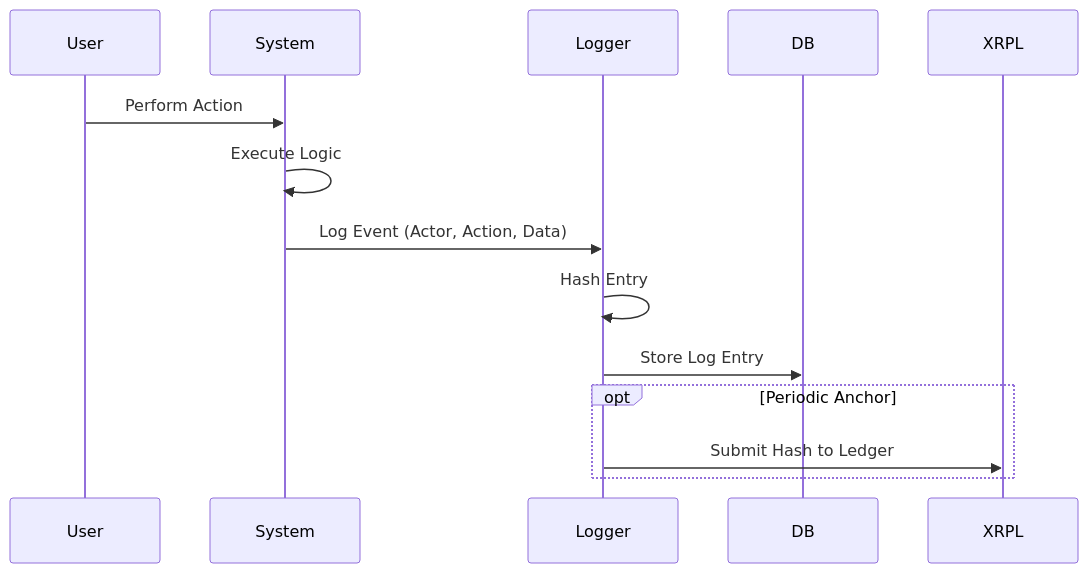
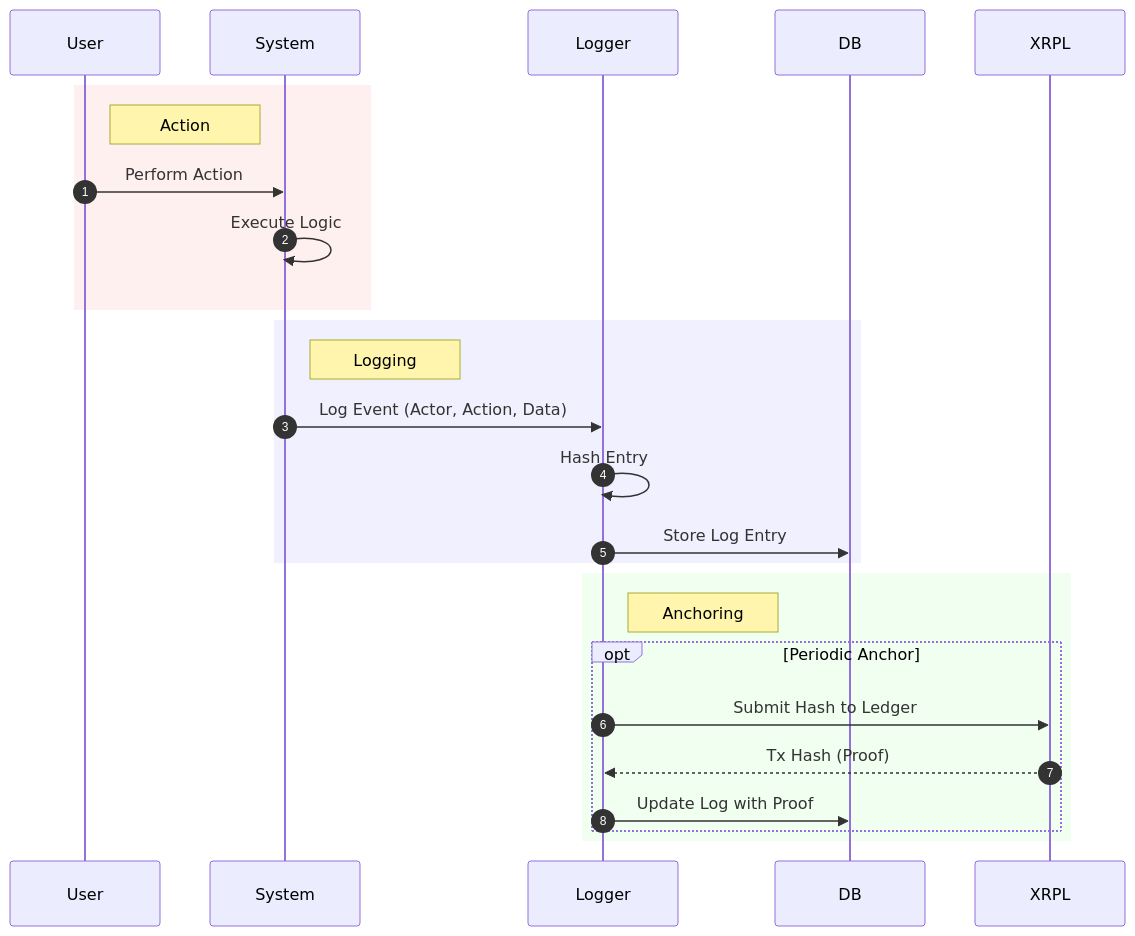
One commit to MrDecryptDecipher/xrpl-institutional-fund-management changed diagram 17 of 17 in README.md. Above: the diagram before and after it, drawn with Mermaid. The commit also changed other lines of this file, not shown here.

Commit message:
docs: enhance mermaid diagrams with color and detail

````diff
--- a/README.md
+++ b/README.md
@@ -477,17 +654,31 @@
 ```mermaid
 sequenceDiagram
+    autonumber
     participant User
     participant System
     participant Logger
     participant DB
+    participant Ledger as XRPL
 
+    rect rgb(255, 240, 240)
+    Note right of User: Action
     User->>System: Perform Action
     System->>System: Execute Logic
+    end
+
+    rect rgb(240, 240, 255)
+    Note right of System: Logging
     System->>Logger: Log Event (Actor, Action, Data)
     Logger->>Logger: Hash Entry
     Logger->>DB: Store Log Entry
+    end
     
+    rect rgb(240, 255, 240)
+    Note right of Logger: Anchoring
     opt Periodic Anchor
-        Logger->>XRPL: Submit Hash to Ledger
+        Logger->>Ledger: Submit Hash to Ledger
+        Ledger-->>Logger: Tx Hash (Proof)
+        Logger->>DB: Update Log with Proof
+    end
     end
 ```
````
